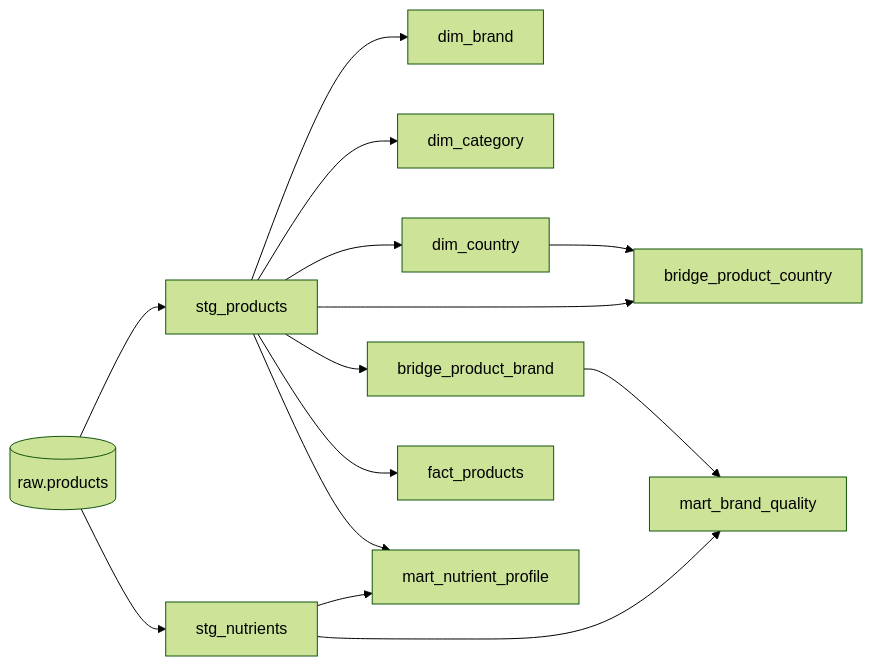
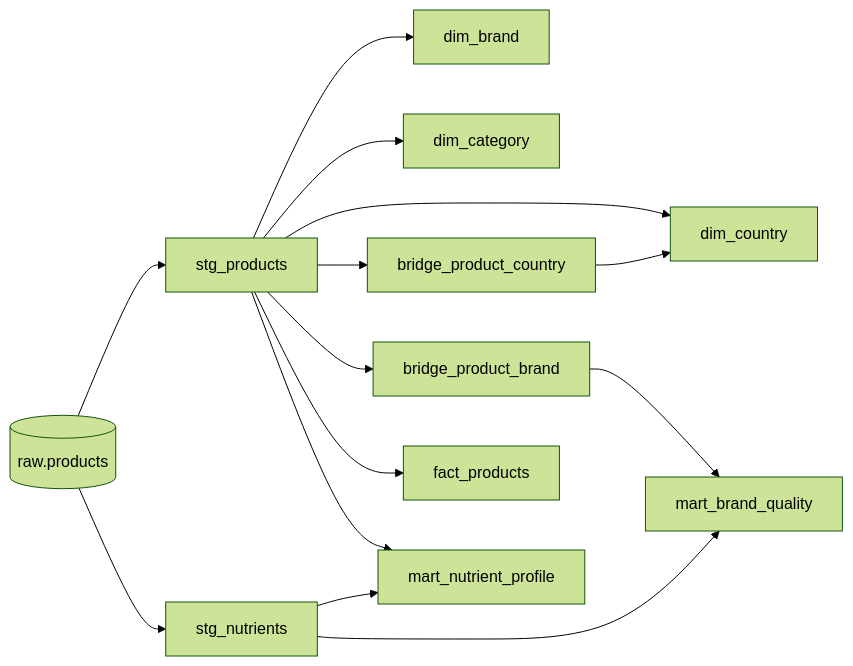
The diagram in README.md (marcosrequenagut/food-data-lakehouse-platform), drawn with Mermaid (forest theme) before and after one commit. The commit also changed other lines of this file, not shown here.

````diff
--- a/README.md
+++ b/README.md
@@ -171,16 +171,16 @@
 ```mermaid
 flowchart LR
     raw[(raw.products)] --> stg_products
     raw --> stg_nutrients
     stg_products --> dim_brand
     stg_products --> dim_category
     stg_products --> dim_country
     stg_products --> bridge_product_country
     stg_products --> bridge_product_brand
     stg_products --> fact_products
     stg_nutrients --> mart_nutrient_profile
     stg_products --> mart_nutrient_profile
     stg_nutrients --> mart_brand_quality
     bridge_product_brand --> mart_brand_quality
-    dim_country --> bridge_product_country
+    bridge_product_country --> dim_country
 ```
````
